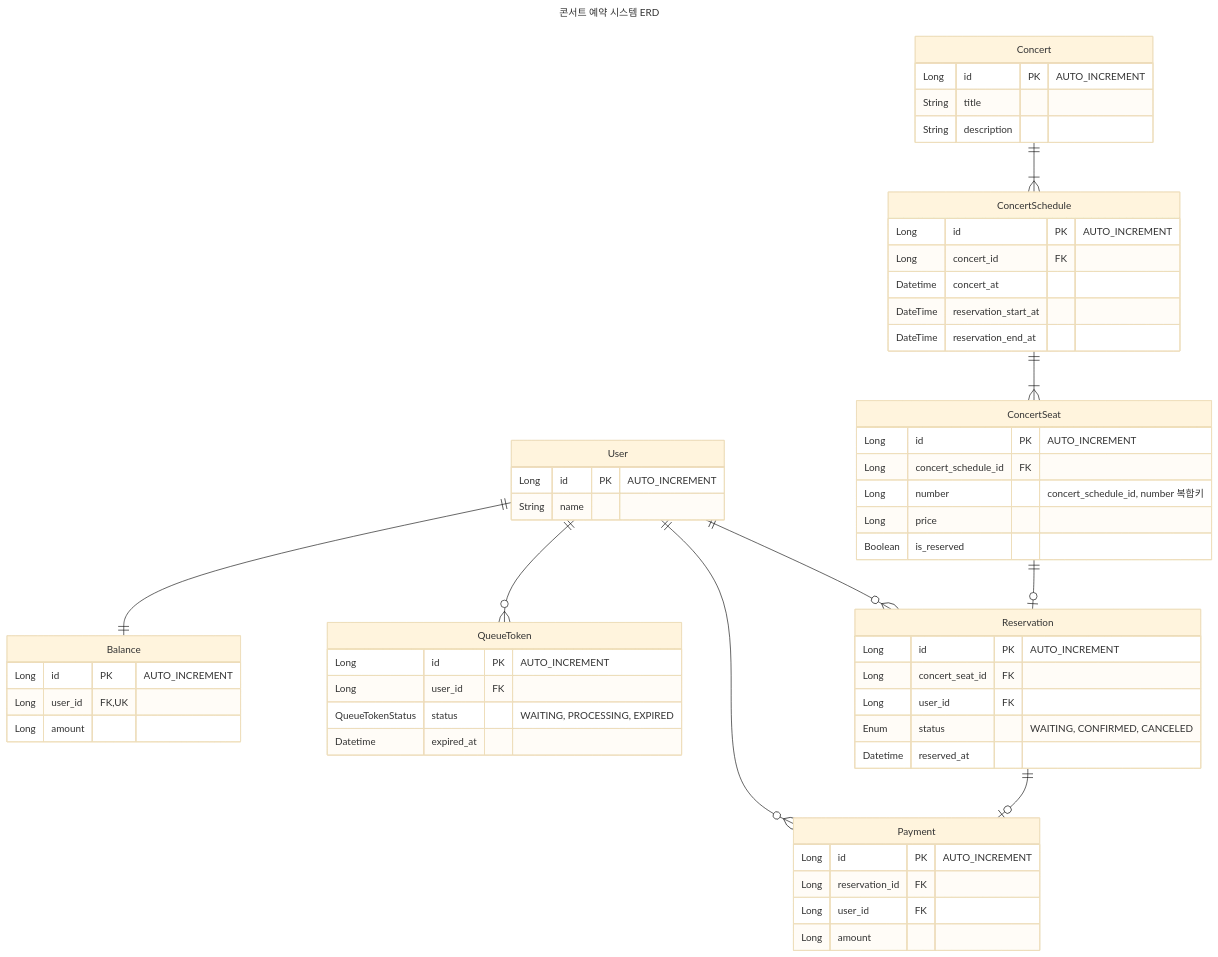
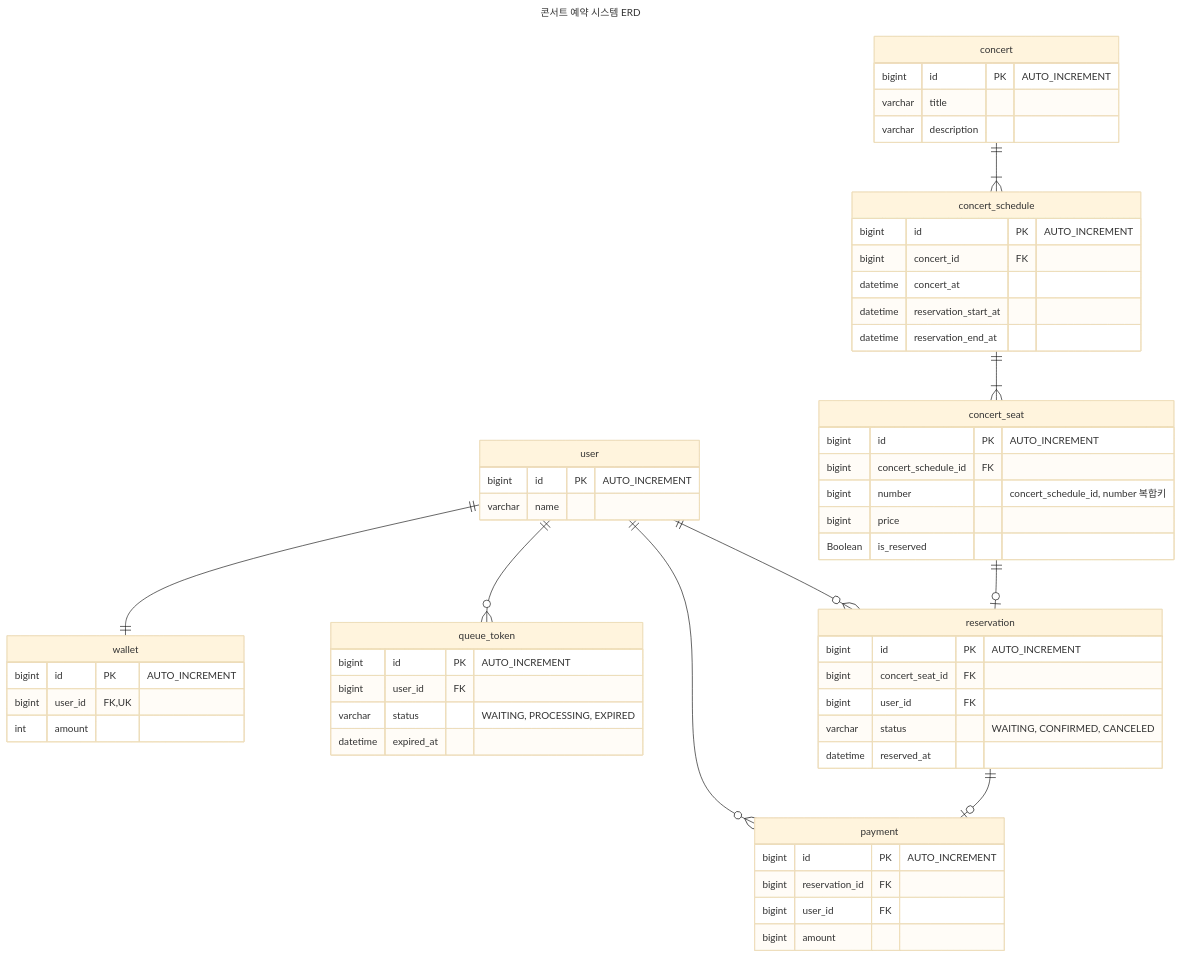
One commit to hhpb-code/hhplus-concert changed the diagram in docs/ERD.md. Above: the diagram before and after it, drawn with Mermaid (base theme).

Commit message:
chore: ERD 컨벤션 맞게 수정
- db type으로 변경
- 테이블명 소문자, snake case로 변경
- enum type -> varchar로 변경

````diff
--- a/docs/ERD.md
+++ b/docs/ERD.md
@@ -8,70 +8,70 @@
 ```mermaid
 ---
 title: "콘서트 예약 시스템 ERD"
 ---
 
 erDiagram
-    User {
-        Long id PK "AUTO_INCREMENT"
-        String name
+    user {
+        bigint id PK "AUTO_INCREMENT"
+        varchar name
     }
 
-    Balance {
-        Long id PK "AUTO_INCREMENT"
-        Long user_id FK, UK
-        Long amount
+    wallet {
+        bigint id PK "AUTO_INCREMENT"
+        bigint user_id FK, UK
+        int amount
     }
 
-    QueueToken {
-        Long id PK "AUTO_INCREMENT"
-        Long user_id FK
-        QueueTokenStatus status "WAITING, PROCESSING, EXPIRED"
-        Datetime expired_at
+    queue_token {
+        bigint id PK "AUTO_INCREMENT"
+        bigint user_id FK
+        varchar status "WAITING, PROCESSING, EXPIRED"
+        datetime expired_at
     }
 
-    Concert {
-        Long id PK "AUTO_INCREMENT"
-        String title
-        String description
+    concert {
+        bigint id PK "AUTO_INCREMENT"
+        varchar title
+        varchar description
     }
 
-    ConcertSchedule {
-        Long id PK "AUTO_INCREMENT"
-        Long concert_id FK
-        Datetime concert_at
-        DateTime reservation_start_at
-        DateTime reservation_end_at
+    concert_schedule {
+        bigint id PK "AUTO_INCREMENT"
+        bigint concert_id FK
+        datetime concert_at
+        datetime reservation_start_at
+        datetime reservation_end_at
     }
 
-    ConcertSeat {
-        Long id PK "AUTO_INCREMENT"
-        Long concert_schedule_id FK
-        Long number "concert_schedule_id, number 복합키"
-        Long price
+    concert_seat {
+        bigint id PK "AUTO_INCREMENT"
+        bigint concert_schedule_id FK
+        bigint number "concert_schedule_id, number 복합키"
+        bigint price
         Boolean is_reserved
     }
 
-    Reservation {
-        Long id PK "AUTO_INCREMENT"
-        Long concert_seat_id FK
-        Long user_id FK
-        Enum status "WAITING, CONFIRMED, CANCELED"
-        Datetime reserved_at
+    reservation {
+        bigint id PK "AUTO_INCREMENT"
+        bigint concert_seat_id FK
+        bigint user_id FK
+        varchar status "WAITING, CONFIRMED, CANCELED"
+        datetime reserved_at
     }
 
-    Payment {
-        Long id PK "AUTO_INCREMENT"
-        Long reservation_id FK
-        Long user_id FK
-        Long amount
+    payment {
+        bigint id PK "AUTO_INCREMENT"
+        bigint reservation_id FK
+        bigint user_id FK
+        bigint amount
     }
 
-    User ||--o{ QueueToken: ""
-    User ||--|| Balance: ""
-    Concert ||--|{ ConcertSchedule: ""
-    ConcertSchedule ||--|{ ConcertSeat: ""
-    ConcertSeat ||--o| Reservation: ""
-    Reservation ||--o| Payment: ""
-    User ||--o{ Reservation: ""
-    User ||--o{ Payment: ""
+    user ||--o{ queue_token: ""
+    user ||--|| wallet: ""
+    concert ||--|{ concert_schedule: ""
+    concert_schedule ||--|{ concert_seat: ""
+    concert_seat ||--o| reservation: ""
+    reservation ||--o| payment: ""
+    user ||--o{ reservation: ""
+    user ||--o{ payment: ""
 ```
````
